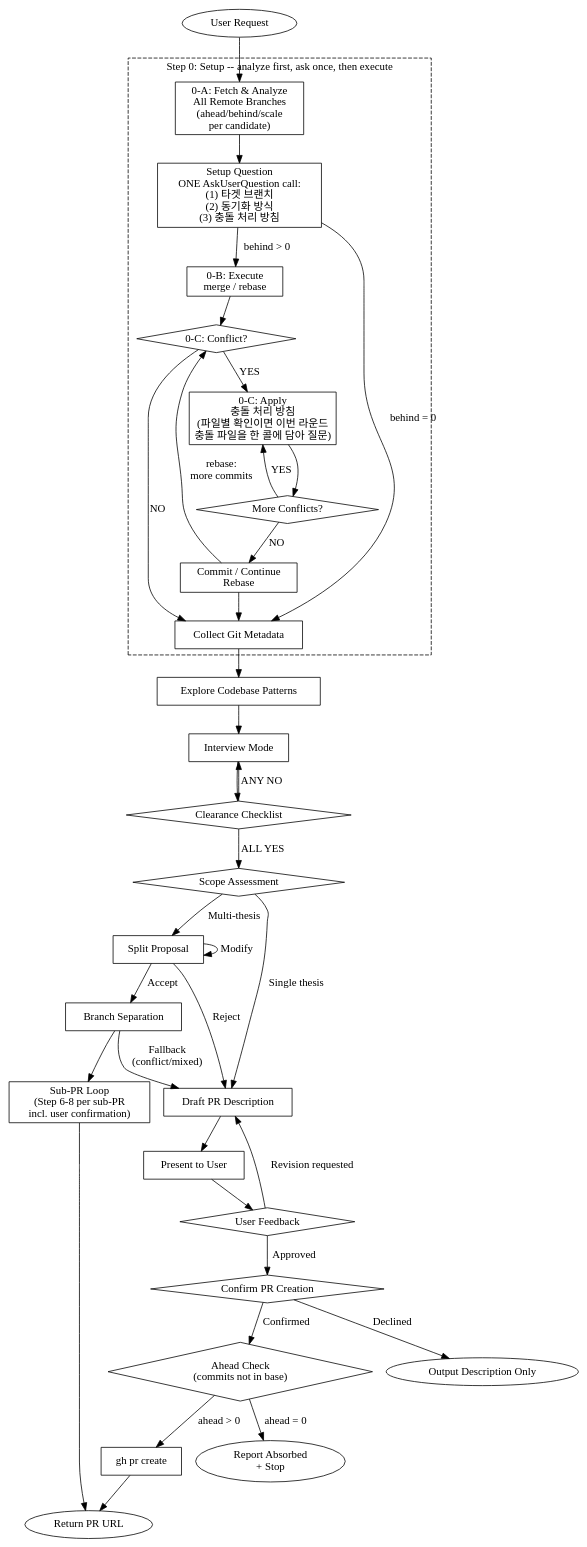
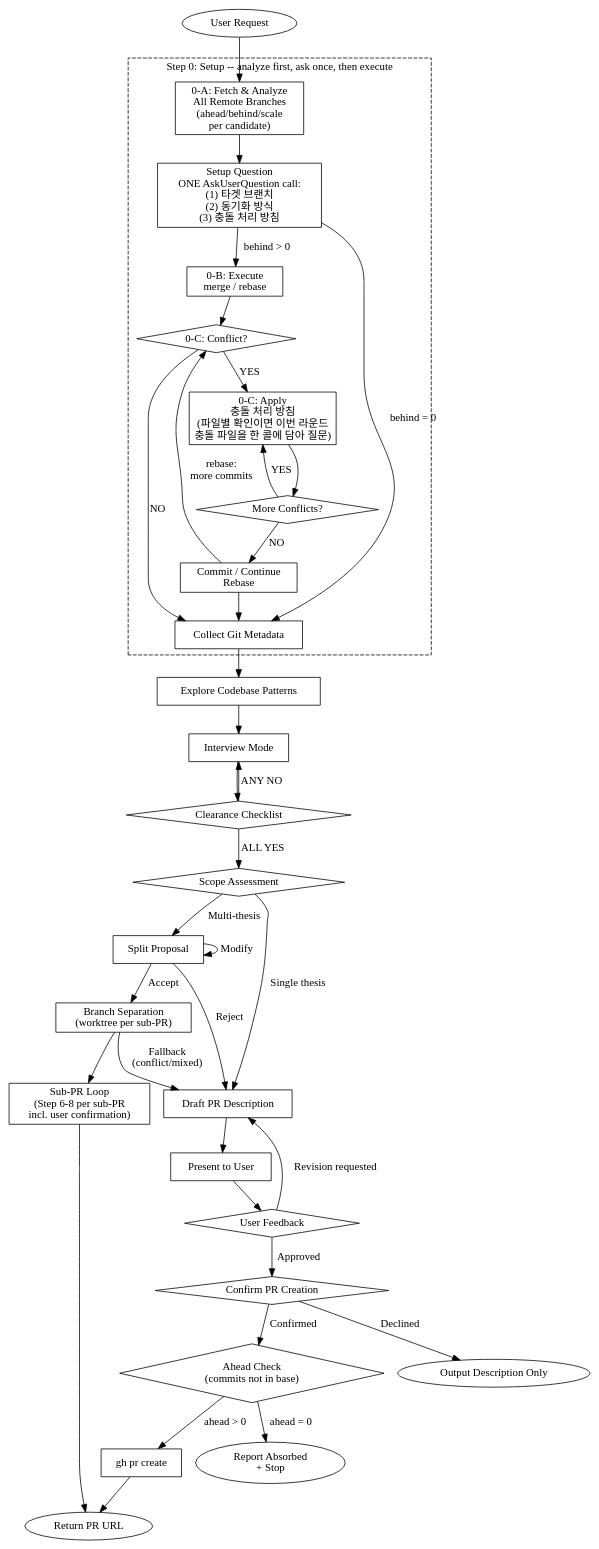
Before and after one commit to toongri/oh-my-toong-playground: the diagram in skills/make-pr/SKILL.md, drawn with Graphviz. The commit also changed other lines of this file and 1 other file, not shown here.

Commit message:
feat: make-pr 분리 PR을 워크트리 기반으로 전환
PR을 나눠 올린 뒤가 리뷰의 시작이다. 메인 작업 트리 하나에서 브랜치를
갈아끼우는 기존 절차는 리뷰 피드백이 여러 sub-PR에 동시에 오는 상황에서
checkout·stash 왕복을 강요했고, 성공 경로에 원복 명령이 없어 작업
디렉터리를 마지막 sub-브랜치에 남긴 채 끝났다.

- sub-PR마다 레포 루트의 형제 디렉터리에 워크트리 생성
  (브랜치명의 슬래시는 하이픈으로 치환)
- cherry-pick·push를 해당 워크트리 안에서 실행
- 원본 브랜치는 메인 디렉터리에 그대로 체크아웃 유지
- PR 생성 후에도 워크트리를 유지하고, 머지 뒤 제거하도록 수명 명시
- 스택 위 전파는 downstream 워크트리에서 rebase + force-with-lease
- 실패 정리는 워크트리 제거를 브랜치 삭제보다 먼저 수행

````diff
--- a/skills/make-pr/SKILL.md
+++ b/skills/make-pr/SKILL.md
@@ -61,73 +61,73 @@
 ```dot
 digraph make_pr_flow {
     rankdir=TB;
 
     "User Request" [shape=ellipse];
 
     subgraph cluster_step0 {
         label="Step 0: Setup -- analyze first, ask once, then execute";
         style=dashed;
         "0-A: Fetch & Analyze\nAll Remote Branches\n(ahead/behind/scale\nper candidate)" [shape=box];
         "Setup Question\nONE AskUserQuestion call:\n(1) 타겟 브랜치\n(2) 동기화 방식\n(3) 충돌 처리 방침" [shape=box];
         "0-B: Execute\nmerge / rebase" [shape=box];
         "0-C: Conflict?" [shape=diamond];
         "0-C: Apply\n충돌 처리 방침\n(파일별 확인이면 이번 라운드\n충돌 파일을 한 콜에 담아 질문)" [shape=box];
         "More Conflicts?" [shape=diamond];
         "Commit / Continue\nRebase" [shape=box];
 
         "0-A: Fetch & Analyze\nAll Remote Branches\n(ahead/behind/scale\nper candidate)" -> "Setup Question\nONE AskUserQuestion call:\n(1) 타겟 브랜치\n(2) 동기화 방식\n(3) 충돌 처리 방침";
         "Setup Question\nONE AskUserQuestion call:\n(1) 타겟 브랜치\n(2) 동기화 방식\n(3) 충돌 처리 방침" -> "0-B: Execute\nmerge / rebase" [label="behind > 0"];
         "0-B: Execute\nmerge / rebase" -> "0-C: Conflict?";
         "0-C: Conflict?" -> "0-C: Apply\n충돌 처리 방침\n(파일별 확인이면 이번 라운드\n충돌 파일을 한 콜에 담아 질문)" [label="YES"];
         "0-C: Conflict?" -> "Collect Git Metadata" [label="NO"];
         "0-C: Apply\n충돌 처리 방침\n(파일별 확인이면 이번 라운드\n충돌 파일을 한 콜에 담아 질문)" -> "More Conflicts?";
         "More Conflicts?" -> "0-C: Apply\n충돌 처리 방침\n(파일별 확인이면 이번 라운드\n충돌 파일을 한 콜에 담아 질문)" [label="YES"];
         "More Conflicts?" -> "Commit / Continue\nRebase" [label="NO"];
     }
 
     "Collect Git Metadata" [shape=box];
     "Explore Codebase Patterns" [shape=box];
     "Interview Mode" [shape=box];
     "Clearance Checklist" [shape=diamond];
     "Scope Assessment" [shape=diamond];
     "Split Proposal" [shape=box];
-    "Branch Separation" [shape=box];
+    "Branch Separation\n(worktree per sub-PR)" [shape=box];
     "Sub-PR Loop\n(Step 6-8 per sub-PR\nincl. user confirmation)" [shape=box];
     "Draft PR Description" [shape=box];
     "Present to User" [shape=box];
     "User Feedback" [shape=diamond];
     "Confirm PR Creation" [shape=diamond];
     "Ahead Check\n(commits not in base)" [shape=diamond];
     "gh pr create" [shape=box];
     "Return PR URL" [shape=ellipse];
     "Output Description Only" [shape=ellipse];
     "Report Absorbed\n+ Stop" [shape=ellipse];
 
     "User Request" -> "0-A: Fetch & Analyze\nAll Remote Branches\n(ahead/behind/scale\nper candidate)";
     "Setup Question\nONE AskUserQuestion call:\n(1) 타겟 브랜치\n(2) 동기화 방식\n(3) 충돌 처리 방침" -> "Collect Git Metadata" [label="behind = 0"];
     "Commit / Continue\nRebase" -> "Collect Git Metadata";
     "Commit / Continue\nRebase" -> "0-C: Conflict?" [label="rebase:\nmore commits"];
     "Collect Git Metadata" -> "Explore Codebase Patterns";
     "Explore Codebase Patterns" -> "Interview Mode";
     "Interview Mode" -> "Clearance Checklist";
     "Clearance Checklist" -> "Interview Mode" [label="ANY NO"];
     "Clearance Checklist" -> "Scope Assessment" [label="ALL YES"];
     "Scope Assessment" -> "Draft PR Description" [label="Single thesis"];
     "Scope Assessment" -> "Split Proposal" [label="Multi-thesis"];
-    "Split Proposal" -> "Branch Separation" [label="Accept"];
+    "Split Proposal" -> "Branch Separation\n(worktree per sub-PR)" [label="Accept"];
     "Split Proposal" -> "Draft PR Description" [label="Reject"];
     "Split Proposal" -> "Split Proposal" [label="Modify"];
-    "Branch Separation" -> "Sub-PR Loop\n(Step 6-8 per sub-PR\nincl. user confirmation)";
-    "Branch Separation" -> "Draft PR Description" [label="Fallback\n(conflict/mixed)"];
+    "Branch Separation\n(worktree per sub-PR)" -> "Sub-PR Loop\n(Step 6-8 per sub-PR\nincl. user confirmation)";
+    "Branch Separation\n(worktree per sub-PR)" -> "Draft PR Description" [label="Fallback\n(conflict/mixed)"];
     "Sub-PR Loop\n(Step 6-8 per sub-PR\nincl. user confirmation)" -> "Return PR URL";
     "Draft PR Description" -> "Present to User";
     "Present to User" -> "User Feedback";
     "User Feedback" -> "Draft PR Description" [label="Revision requested"];
     "User Feedback" -> "Confirm PR Creation" [label="Approved"];
     "Confirm PR Creation" -> "Output Description Only" [label="Declined"];
     "Confirm PR Creation" -> "Ahead Check\n(commits not in base)" [label="Confirmed"];
     "Ahead Check\n(commits not in base)" -> "gh pr create" [label="ahead > 0"];
     "Ahead Check\n(commits not in base)" -> "Report Absorbed\n+ Stop" [label="ahead = 0"];
     "gh pr create" -> "Return PR URL";
 }
 ```
````
